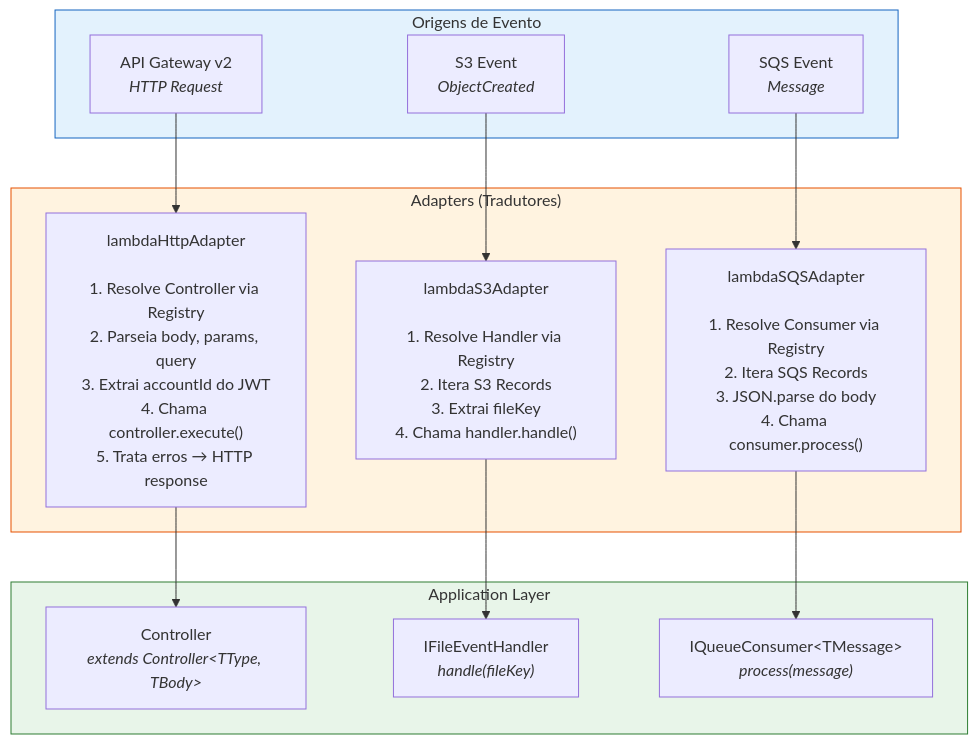
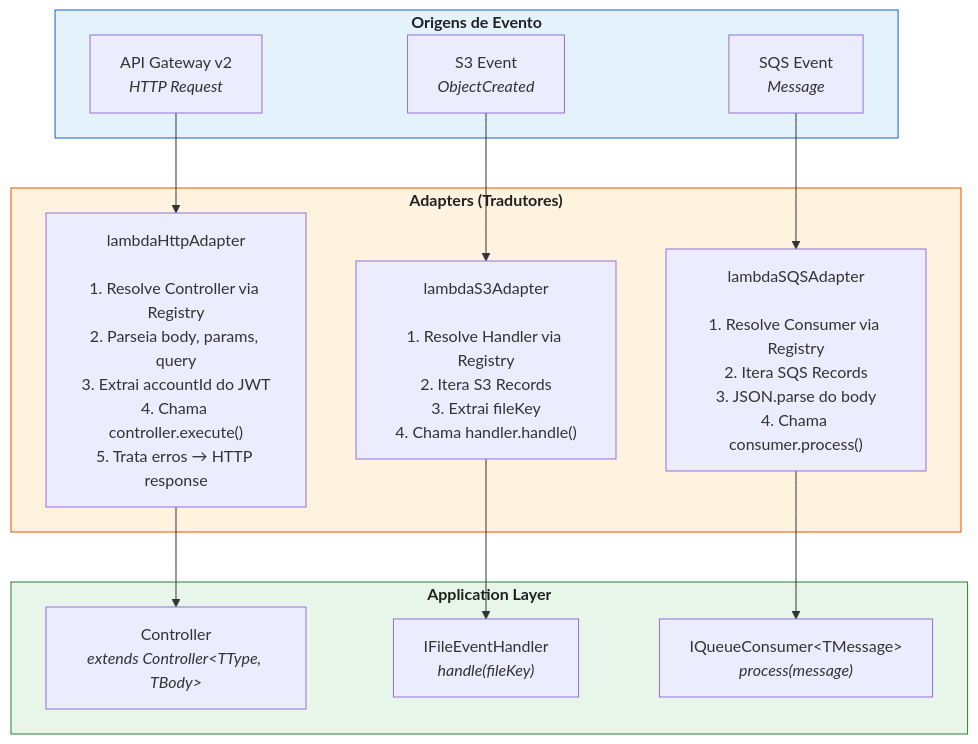
One commit to danillotorresdev/foodiary changed the third of 9 diagrams in foodiary-api/diagrams/PATTERNS_DIAGRAM.md. Above: the diagram before and after it, drawn with Mermaid. The commit also changed other lines of this file and 2 other files, not shown here.

First line of the commit message:
style(documentation): enhance diagrams with improved readability and formatting

````diff
--- a/foodiary-api/diagrams/PATTERNS_DIAGRAM.md
+++ b/foodiary-api/diagrams/PATTERNS_DIAGRAM.md
@@ -150,32 +154,33 @@
 ```mermaid
+%%{init: {'themeVariables': { 'primaryTextColor': '#212121' }}}%%
 flowchart TB
-  subgraph TRIGGERS["Origens de Evento"]
+  subgraph TRIGGERS["<b>Origens de Evento</b>"]
     APIGW["API Gateway v2<br/><i>HTTP Request</i>"]
     S3EV["S3 Event<br/><i>ObjectCreated</i>"]
     SQSEV["SQS Event<br/><i>Message</i>"]
   end
 
-  subgraph ADAPTERS["Adapters (Tradutores)"]
+  subgraph ADAPTERS["<b>Adapters (Tradutores)</b>"]
     LHA["lambdaHttpAdapter<br/><br/>1. Resolve Controller via Registry<br/>2. Parseia body, params, query<br/>3. Extrai accountId do JWT<br/>4. Chama controller.execute()<br/>5. Trata erros → HTTP response"]
     LS3["lambdaS3Adapter<br/><br/>1. Resolve Handler via Registry<br/>2. Itera S3 Records<br/>3. Extrai fileKey<br/>4. Chama handler.handle()"]
     LSQS["lambdaSQSAdapter<br/><br/>1. Resolve Consumer via Registry<br/>2. Itera SQS Records<br/>3. JSON.parse do body<br/>4. Chama consumer.process()"]
   end
 
-  subgraph APP["Application Layer"]
+  subgraph APP["<b>Application Layer</b>"]
     CTRL["Controller<br/><i>extends Controller&lt;TType, TBody&gt;</i>"]
     FEH["IFileEventHandler<br/><i>handle(fileKey)</i>"]
     QC["IQueueConsumer&lt;TMessage&gt;<br/><i>process(message)</i>"]
   end
 
   APIGW --> LHA
   S3EV --> LS3
   SQSEV --> LSQS
 
   LHA --> CTRL
   LS3 --> FEH
   LSQS --> QC
 
-  style TRIGGERS fill:#e3f2fd,stroke:#1565c0
-  style ADAPTERS fill:#fff3e0,stroke:#e65100
-  style APP fill:#e8f5e9,stroke:#2e7d32
+  style TRIGGERS fill:#e3f2fd,stroke:#1565c0,color:#212121
+  style ADAPTERS fill:#fff3e0,stroke:#e65100,color:#212121
+  style APP fill:#e8f5e9,stroke:#2e7d32,color:#212121
 ```
````
